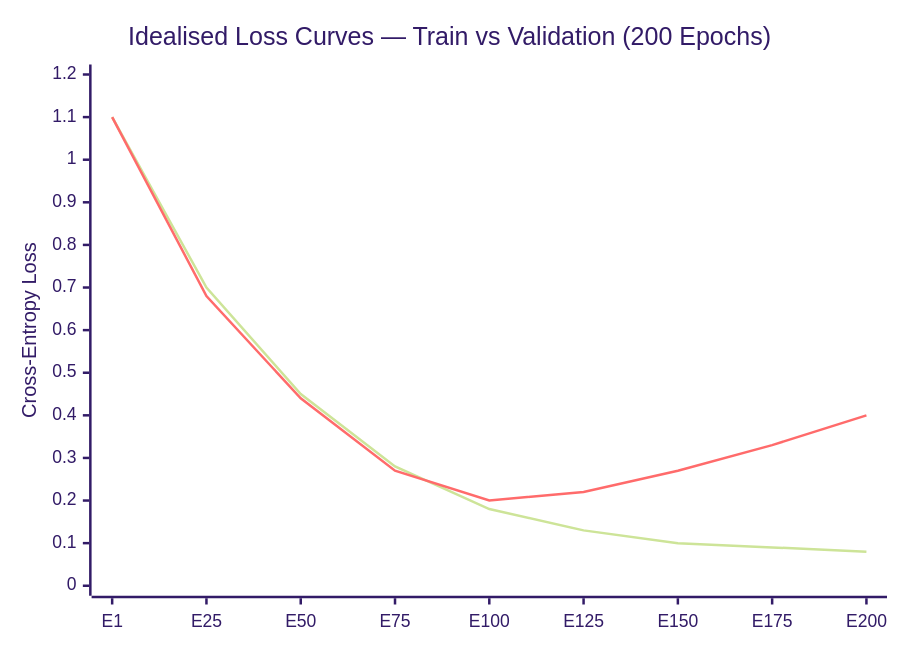
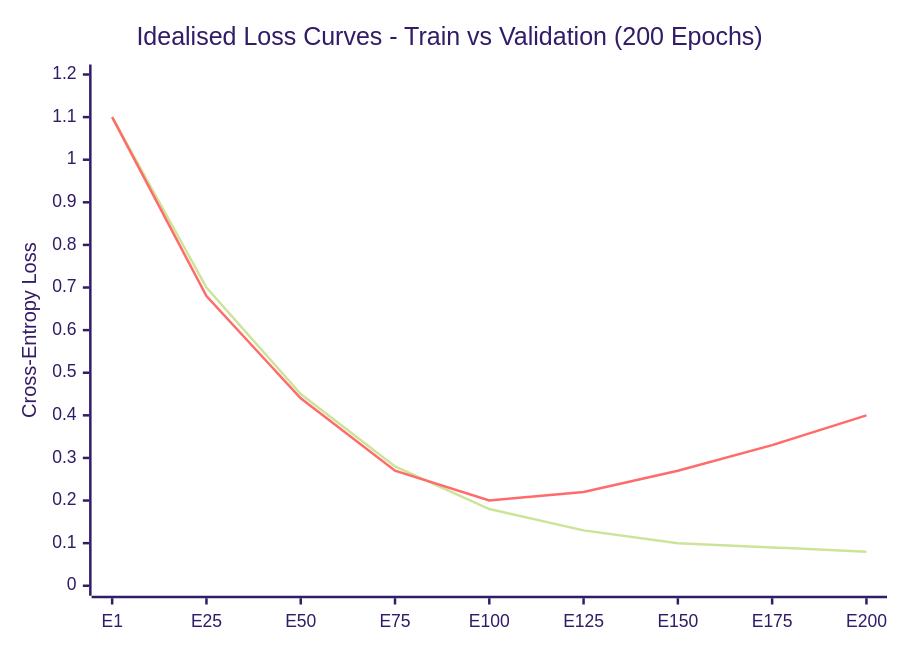
One commit to hkevin01/epochs-demo changed the eighth of 13 diagrams in README.md. Above: the diagram before and after it, drawn with Mermaid (forest theme). The commit also changed other lines of this file, not shown here.

````diff
--- a/README.md
+++ b/README.md
@@ -962,8 +962,8 @@
 ```mermaid
 xychart-beta
-    title "Idealised Loss Curves — Train vs Validation (200 Epochs)"
+    title "Idealised Loss Curves  -  Train vs Validation (200 Epochs)"
     x-axis ["E1","E25","E50","E75","E100","E125","E150","E175","E200"]
     y-axis "Cross-Entropy Loss" 0 --> 1.2
     line [1.10, 0.70, 0.45, 0.28, 0.18, 0.13, 0.10, 0.09, 0.08]
     line [1.10, 0.68, 0.44, 0.27, 0.20, 0.22, 0.27, 0.33, 0.40]
 ```
````
